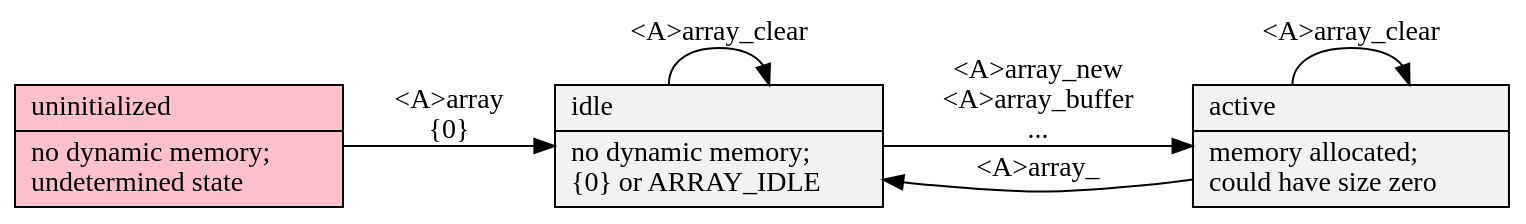
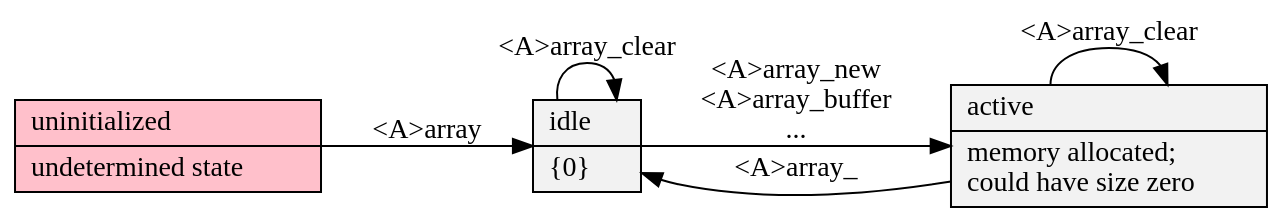
Before and after one commit to neil-edelman/boxes: the diagram in doc/array/states.gv, drawn with Graphviz. The commit also changed 27 other files, not shown here.

```diff
--- a/doc/array/states.gv
+++ b/doc/array/states.gv
@@ -1,13 +1,13 @@
 digraph {
 	graph [rankdir=LR, truecolor=true, bgcolor=transparent, fontname="Bitstream Vera Sans"];
 	node [shape=record, style=filled, fillcolor="Grey95", fontname="Bitstream Vera Sans"];
 	edge [fontname="Bitstream Vera Sans"];
-	null [label = "uninitialized\l|no dynamic memory;\lundetermined state\l", fillcolor = pink];
-	static [label = "idle\l|no dynamic memory;\l\{0\} or ARRAY_IDLE\l"];
+	null [label = "uninitialized\l|undetermined state\l", fillcolor = pink];
+	static [label = "idle\l|\{0\}\l"];
 	dynamic [label = "active\l|memory allocated;\lcould have size zero\l"];
-	null -> static [label = "<A>array\n{0}"];
+	null -> static [label = "<A>array"];
 	static -> dynamic [label = "<A>array_new\n<A>array_buffer\n..."];
 	dynamic -> static [label = "<A>array_"];
 	static -> static [label = "<A>array_clear"]
 	dynamic -> dynamic [label = "<A>array_clear"]
 }
```
